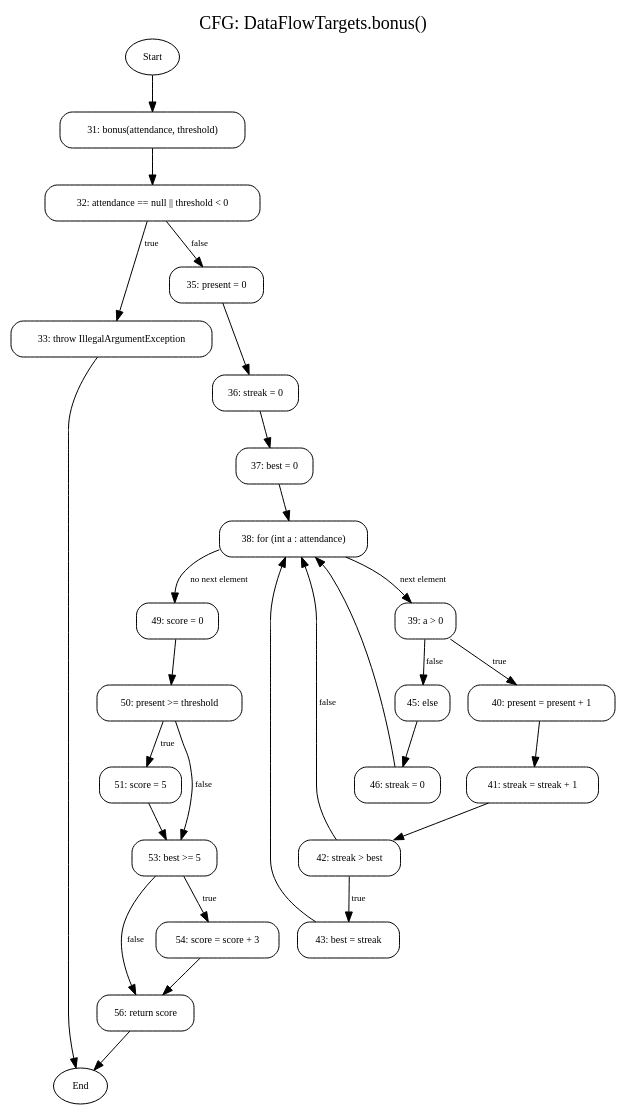
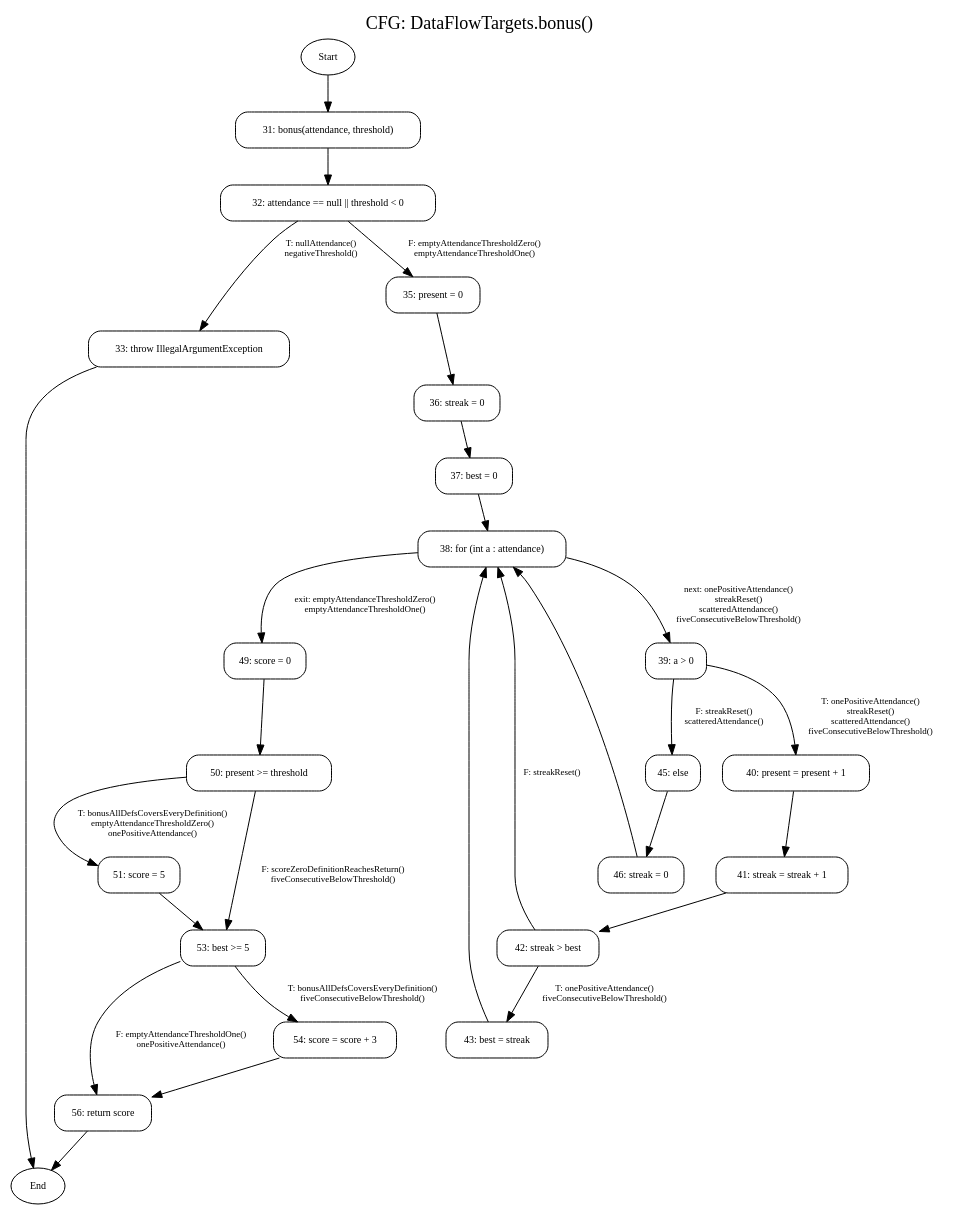
One commit to suzukk/Lab10 changed the diagram in results/cfg-bonus.dot. Above: the diagram before and after it, drawn with Graphviz. The commit also changed 2 other files, not shown here.

```diff
--- a/results/cfg-bonus.dot
+++ b/results/cfg-bonus.dot
@@ -1,56 +1,68 @@
 digraph bonus {
     graph [label="CFG: DataFlowTargets.bonus()", labelloc=t, fontsize=18];
     node [shape=box, style="rounded", fontsize=10];
     edge [fontsize=9];
 
     start [shape=oval, label="Start"];
     n31 [label="31: bonus(attendance, threshold)"];
     n32 [label="32: attendance == null || threshold < 0"];
     n33 [label="33: throw IllegalArgumentException"];
     n35 [label="35: present = 0"];
     n36 [label="36: streak = 0"];
     n37 [label="37: best = 0"];
     n38 [label="38: for (int a : attendance)"];
     n39 [label="39: a > 0"];
     n40 [label="40: present = present + 1"];
     n41 [label="41: streak = streak + 1"];
     n42 [label="42: streak > best"];
     n43 [label="43: best = streak"];
     n45 [label="45: else"];
     n46 [label="46: streak = 0"];
     n49 [label="49: score = 0"];
     n50 [label="50: present >= threshold"];
     n51 [label="51: score = 5"];
     n53 [label="53: best >= 5"];
     n54 [label="54: score = score + 3"];
     n56 [label="56: return score"];
     end [shape=oval, label="End"];
 
     start -> n31;
     n31 -> n32;
-    n32 -> n33 [label="true"];
-    n32 -> n35 [label="false"];
+
+    n32 -> n33 [label="T: nullAttendance()\nnegativeThreshold()"];
+    n32 -> n35 [label="F: emptyAttendanceThresholdZero()\nemptyAttendanceThresholdOne()"];
     n33 -> end;
+
     n35 -> n36;
     n36 -> n37;
     n37 -> n38;
-    n38 -> n39 [label="next element"];
-    n38 -> n49 [label="no next element"];
-    n39 -> n40 [label="true"];
-    n39 -> n45 [label="false"];
+
+    n38 -> n39 [label="next: onePositiveAttendance()\nstreakReset()\nscatteredAttendance()\nfiveConsecutiveBelowThreshold()"];
+    n38 -> n49 [label="exit: emptyAttendanceThresholdZero()\nemptyAttendanceThresholdOne()"];
+
+    n39 -> n40 [label="T: onePositiveAttendance()\nstreakReset()\nscatteredAttendance()\nfiveConsecutiveBelowThreshold()"];
+    n39 -> n45 [label="F: streakReset()\nscatteredAttendance()"];
+
     n40 -> n41;
     n41 -> n42;
-    n42 -> n43 [label="true"];
-    n42 -> n38 [label="false"];
+
+    n42 -> n43 [label="T: onePositiveAttendance()\nfiveConsecutiveBelowThreshold()"];
+    n42 -> n38 [label="F: streakReset()"];
+
     n43 -> n38;
     n45 -> n46;
     n46 -> n38;
+
     n49 -> n50;
-    n50 -> n51 [label="true"];
-    n50 -> n53 [label="false"];
+
+    n50 -> n51 [label="T: bonusAllDefsCoversEveryDefinition()\nemptyAttendanceThresholdZero()\nonePositiveAttendance()"];
+    n50 -> n53 [label="F: scoreZeroDefinitionReachesReturn()\nfiveConsecutiveBelowThreshold()"];
+
     n51 -> n53;
-    n53 -> n54 [label="true"];
-    n53 -> n56 [label="false"];
+
+    n53 -> n54 [label="T: bonusAllDefsCoversEveryDefinition()\nfiveConsecutiveBelowThreshold()"];
+    n53 -> n56 [label="F: emptyAttendanceThresholdOne()\nonePositiveAttendance()"];
+
     n54 -> n56;
     n56 -> end;
 }
```
